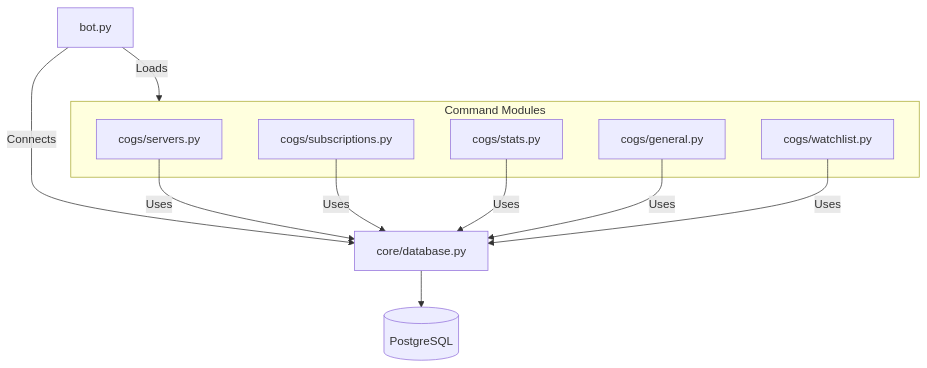
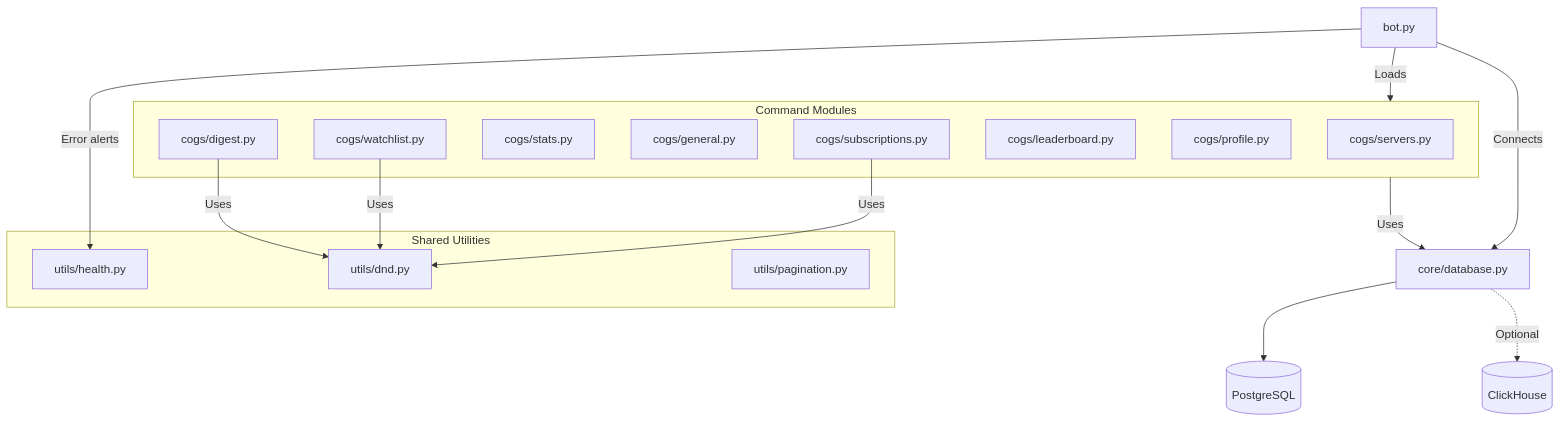
Before and after one commit to hootmeow/bf1942-map-alert: the diagram in readme.md, drawn with Mermaid. The commit also changed other lines of this file, not shown here.

First line of the commit message:
Update README with new features and architecture

````diff
--- a/readme.md
+++ b/readme.md
@@ -22,21 +26,31 @@
 ```mermaid
 graph TD
     Bot[bot.py] -->|Loads| Cogs
     Bot -->|Connects| DB[core/database.py]
-    
+    Bot -->|Error alerts| Health[utils/health.py]
+
     subgraph Cogs ["Command Modules"]
         Servers[cogs/servers.py]
         Subs[cogs/subscriptions.py]
         Stats[cogs/stats.py]
         General[cogs/general.py]
         Watch[cogs/watchlist.py]
+        Leaderboard[cogs/leaderboard.py]
+        Profile[cogs/profile.py]
+        Digest[cogs/digest.py]
     end
-    
-    Servers -->|Uses| DB
-    Subs -->|Uses| DB
-    Stats -->|Uses| DB
-    General -->|Uses| DB
-    Watch -->|Uses| DB
-    
+
+    subgraph Utils ["Shared Utilities"]
+        DND[utils/dnd.py]
+        Health
+        Pagination[utils/pagination.py]
+    end
+
+    Cogs -->|Uses| DB
+    Subs -->|Uses| DND
+    Watch -->|Uses| DND
+    Digest -->|Uses| DND
+
     DB --> PostgreSQL[(PostgreSQL)]
+    DB -.->|Optional| ClickHouse[(ClickHouse)]
 ```
````
